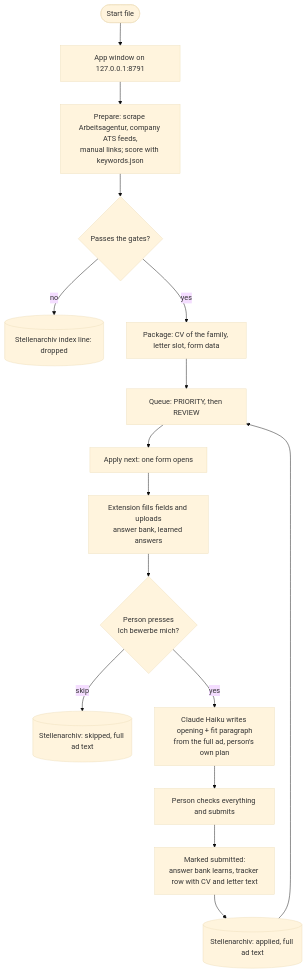
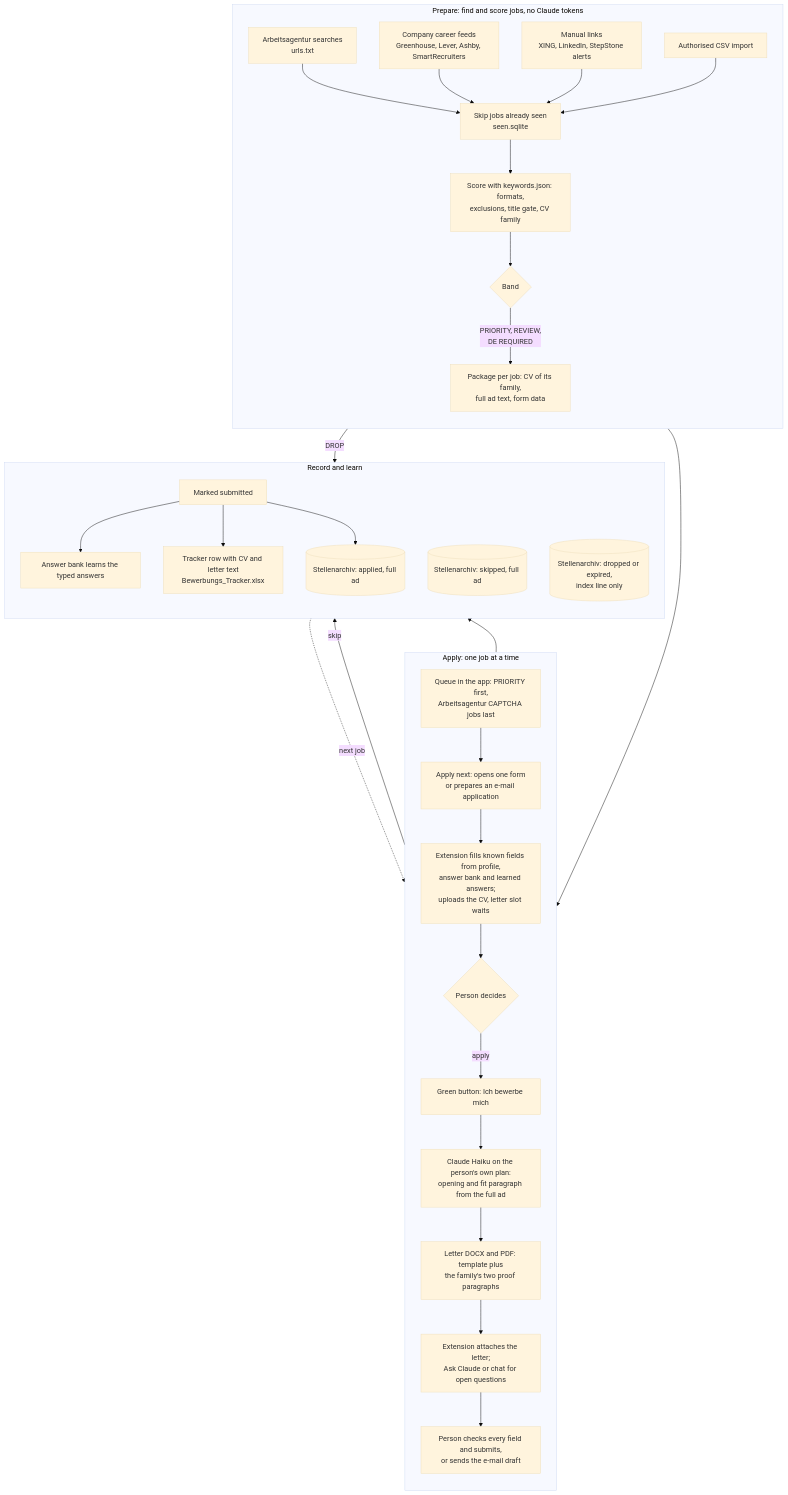
The second of 3 diagrams in docs/FLOWCHART.md (FarzadZandi/automatische_Job_Bewerbung), drawn with Mermaid (base theme) before and after one commit. The commit also changed other lines of this file and 1 other file, not shown here.

First line of the commit message:
README: replication and job application flowcharts; flowchart page in step

````diff
--- a/docs/FLOWCHART.md
+++ b/docs/FLOWCHART.md
@@ -39,18 +62,54 @@
 ```mermaid
 flowchart TD
-    S([Start file]) --> T[App window on 127.0.0.1:8791]
-    T --> U[Prepare: scrape Arbeitsagentur, company ATS feeds,<br/>manual links; score with keywords.json]
-    U --> V{Passes the gates?}
-    V -- no --> W[(Stellenarchiv index line: dropped)]
-    V -- yes --> X[Package: CV of the family, letter slot, form data]
-    X --> Y[Queue: PRIORITY, then REVIEW]
-    Y --> Z[Apply next: one form opens]
-    Z --> AA[Extension fills fields and uploads<br/>answer bank, learned answers]
-    AA --> AB{Person presses<br/>Ich bewerbe mich?}
-    AB -- skip --> AC[(Stellenarchiv: skipped, full ad text)]
-    AB -- yes --> AD[Claude Haiku writes opening + fit paragraph<br/>from the full ad, person's own plan]
-    AD --> AE[Person checks everything and submits]
-    AE --> AF[Marked submitted:<br/>answer bank learns, tracker row with CV and letter text]
-    AF --> AG[(Stellenarchiv: applied, full ad text)]
-    AG --> Y
+    subgraph FIND["Prepare: find and score jobs, no Claude tokens"]
+        direction TB
+        F1["Arbeitsagentur searches<br/>urls.txt"]
+        F2["Company career feeds<br/>Greenhouse, Lever, Ashby, SmartRecruiters"]
+        F3["Manual links<br/>XING, LinkedIn, StepStone alerts"]
+        F4["Authorised CSV import"]
+        F5["Skip jobs already seen<br/>seen.sqlite"]
+        F6["Score with keywords.json: formats,<br/>exclusions, title gate, CV family"]
+        F7{"Band"}
+        F8["Package per job: CV of its family,<br/>full ad text, form data"]
+        F1 --> F5
+        F2 --> F5
+        F3 --> F5
+        F4 --> F5
+        F5 --> F6 --> F7
+        F7 -- "PRIORITY, REVIEW,<br/>DE REQUIRED" --> F8
+    end
+
+    subgraph APPLY["Apply: one job at a time"]
+        direction TB
+        A1["Queue in the app: PRIORITY first,<br/>Arbeitsagentur CAPTCHA jobs last"]
+        A2["Apply next: opens one form<br/>or prepares an e-mail application"]
+        A3["Extension fills known fields from profile,<br/>answer bank and learned answers;<br/>uploads the CV, letter slot waits"]
+        A4{"Person decides"}
+        A5["Green button: Ich bewerbe mich"]
+        A6["Claude Haiku on the person's own plan:<br/>opening and fit paragraph from the full ad"]
+        A7["Letter DOCX and PDF: template plus<br/>the family's two proof paragraphs"]
+        A8["Extension attaches the letter;<br/>Ask Claude or chat for open questions"]
+        A9["Person checks every field and submits,<br/>or sends the e-mail draft"]
+        A1 --> A2 --> A3 --> A4
+        A4 -- "apply" --> A5 --> A6 --> A7 --> A8 --> A9
+    end
+
+    subgraph RECORD["Record and learn"]
+        direction TB
+        R1["Marked submitted"]
+        R2["Answer bank learns the typed answers"]
+        R3["Tracker row with CV and letter text<br/>Bewerbungs_Tracker.xlsx"]
+        R4[("Stellenarchiv: applied, full ad")]
+        R5[("Stellenarchiv: skipped, full ad")]
+        R6[("Stellenarchiv: dropped or expired,<br/>index line only")]
+        R1 --> R2
+        R1 --> R3
+        R1 --> R4
+    end
+
+    F8 --> A1
+    F7 -- "DROP" --> R6
+    A4 -- "skip" --> R5
+    A9 --> R1
+    R1 -.->|"next job"| A1
 ```
````
